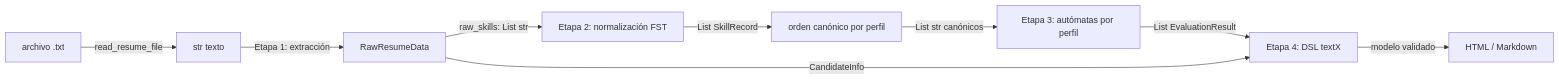
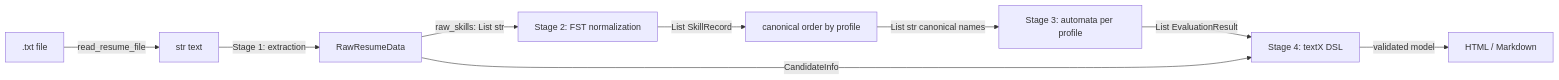
Before and after one commit to Juanes3333/ResumeLens: the diagram in docs/module_design.md, drawn with Mermaid. The commit also changed other lines of this file and 17 other files, not shown here.

Commit message:
feat(normalization): implement profile-based canonical ordering and rework Stage 1-2 pipeline

````diff
--- a/docs/module_design.md
+++ b/docs/module_design.md
@@ -44,11 +49,11 @@
 ```mermaid
 flowchart LR
-    A[archivo .txt] -->|read_resume_file| B[str texto]
-    B -->|Etapa 1: extracción| C[RawResumeData]
-    C -->|raw_skills: List str| D[Etapa 2: normalización FST]
-    D -->|List SkillRecord| E[orden canónico por perfil]
-    E -->|List str canónicos| F[Etapa 3: autómatas por perfil]
-    F -->|List EvaluationResult| G[Etapa 4: DSL textX]
+    A[.txt file] -->|read_resume_file| B[str text]
+    B -->|Stage 1: extraction| C[RawResumeData]
+    C -->|raw_skills: List str| D[Stage 2: FST normalization]
+    D -->|List SkillRecord| E[canonical order by profile]
+    E -->|List str canonical names| F[Stage 3: automata per profile]
+    F -->|List EvaluationResult| G[Stage 4: textX DSL]
     C -->|CandidateInfo| G
-    G -->|modelo validado| H[HTML / Markdown]
+    G -->|validated model| H[HTML / Markdown]
 ```
````
